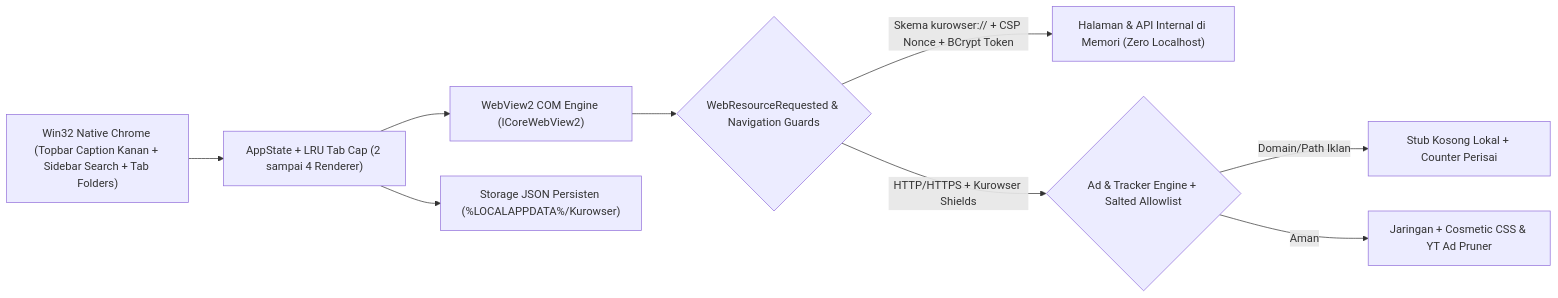
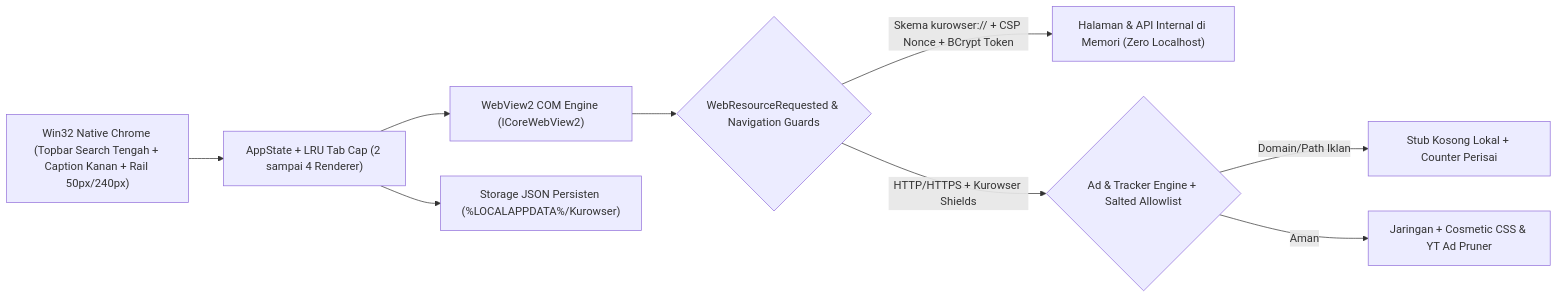
The first of 3 diagrams in README.md (devkecelup/kurowser), drawn with Mermaid before and after one commit. The commit also changed other lines of this file and 9 other files, not shown here.

````diff
--- a/README.md
+++ b/README.md
@@ -104,11 +104,11 @@
 ```mermaid
 flowchart LR
-    UI["Win32 Native Chrome (Topbar Caption Kanan + Sidebar Search + Tab Folders)"] --> CTRL["AppState + LRU Tab Cap (2 sampai 4 Renderer)"]
+    UI["Win32 Native Chrome (Topbar Search Tengah + Caption Kanan + Rail 50px/240px)"] --> CTRL["AppState + LRU Tab Cap (2 sampai 4 Renderer)"]
     CTRL --> WV["WebView2 COM Engine (ICoreWebView2)"]
     WV --> REQ{"WebResourceRequested & Navigation Guards"}
     REQ -->|"Skema kurowser:// + CSP Nonce + BCrypt Token"| INT["Halaman & API Internal di Memori (Zero Localhost)"]
     REQ -->|"HTTP/HTTPS + Kurowser Shields"| ADB{"Ad & Tracker Engine + Salted Allowlist"}
     ADB -->|"Domain/Path Iklan"| BLK["Stub Kosong Lokal + Counter Perisai"]
     ADB -->|"Aman"| NET["Jaringan + Cosmetic CSS & YT Ad Pruner"]
     CTRL --> STOR["Storage JSON Persisten (%LOCALAPPDATA%/Kurowser)"]
 ```
````
